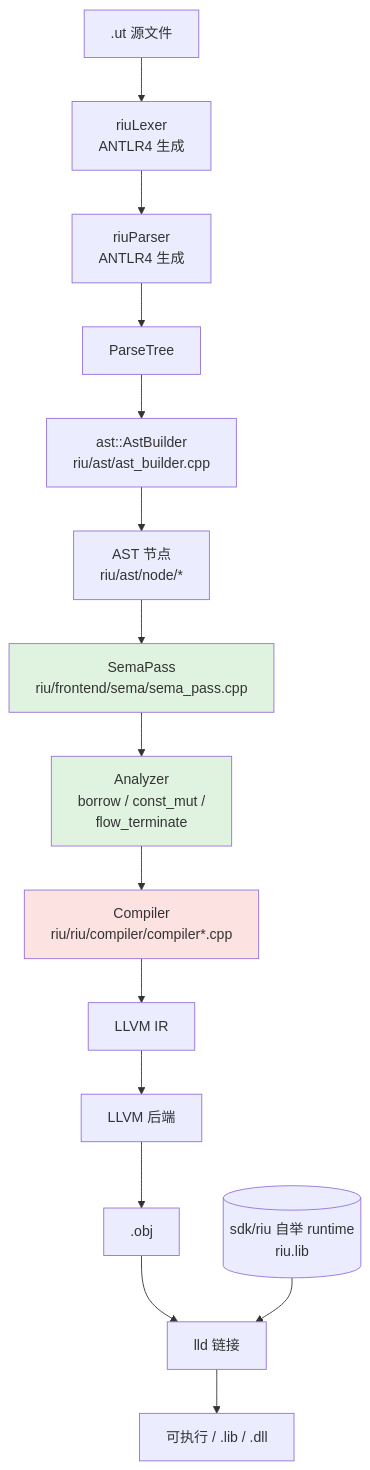
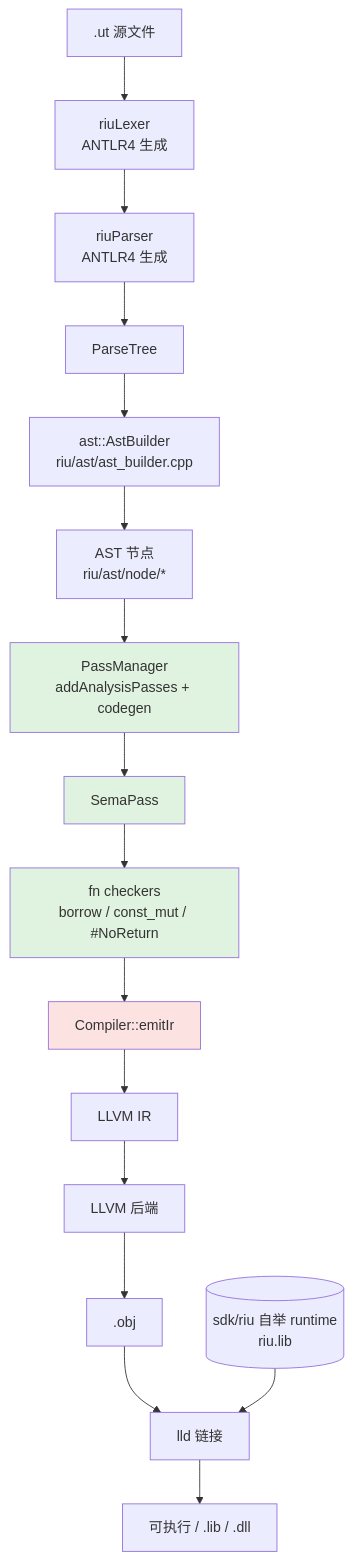
The second of 6 diagrams in riu.md (riu-lang/riu), drawn with Mermaid before and after one commit. The commit also changed other lines of this file and 13 other files, not shown here.

First line of the commit message:
refactor: 用薄 PassManager 串 Sema、checkers 和 codegen

````diff
--- a/riu.md
+++ b/riu.md
@@ -66,22 +66,24 @@
 ```mermaid
 flowchart TB
     src[.ut 源文件] --> lex[riuLexer<br/>ANTLR4 生成]
     lex --> parse[riuParser<br/>ANTLR4 生成]
     parse --> tree[ParseTree]
     tree --> builder[ast::AstBuilder<br/>riu/ast/ast_builder.cpp]
     builder --> ast[AST 节点<br/>riu/ast/node/*]
 
-    ast --> sema[SemaPass<br/>riu/frontend/sema/sema_pass.cpp]
-    sema --> analyzer[Analyzer<br/>borrow / const_mut /<br/>flow_terminate]
-    analyzer --> compiler[Compiler<br/>riu/riu/compiler/compiler*.cpp]
+    ast --> pm[PassManager<br/>addAnalysisPasses + codegen]
+    pm --> sema[SemaPass]
+    sema --> analyzer[fn checkers<br/>borrow / const_mut / #NoReturn]
+    analyzer --> compiler[Compiler::emitIr]
     compiler --> ir[LLVM IR]
     ir --> llc[LLVM 后端]
     llc --> obj[.obj]
     obj --> lld[lld 链接]
     sdk[(sdk/riu 自举 runtime<br/>riu.lib)] --> lld
     lld --> exe[可执行 / .lib / .dll]
 
+    style pm fill:#e0f3e0
     style sema fill:#e0f3e0
     style analyzer fill:#e0f3e0
     style compiler fill:#fde2e2
 ```
````
